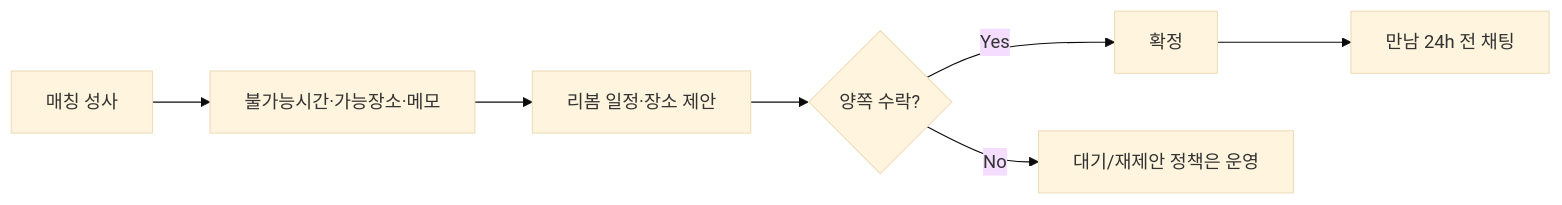
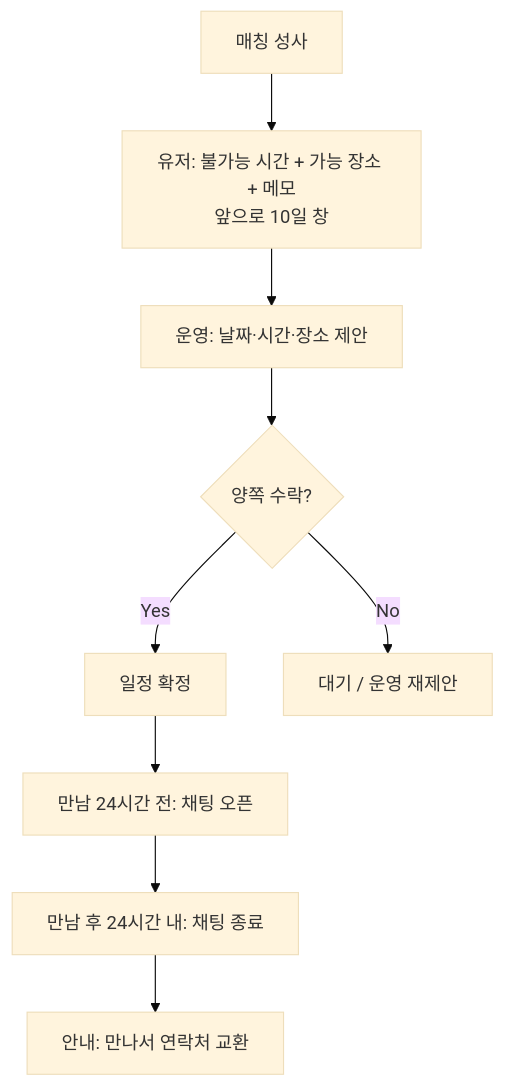
The fifth of 6 diagrams in docs/FLOWCHART.md (youjinni11/rebom-app), drawn with Mermaid (base theme) before and after one commit. The commit also changed other lines of this file and 3 other files, not shown here.

First line of the commit message:
문서: GitHub용 플로우차트·프레임워크 확정본 정리

````diff
--- a/docs/FLOWCHART.md
+++ b/docs/FLOWCHART.md
@@ -393,9 +131,11 @@
 ```mermaid
-flowchart LR
-  M[매칭 성사] --> U[불가능시간·가능장소·메모]
-  U --> O[리봄 일정·장소 제안]
+flowchart TD
+  M[매칭 성사] --> U[유저: 불가능 시간 + 가능 장소 + 메모<br/>앞으로 10일 창]
+  U --> O[운영: 날짜·시간·장소 제안]
   O --> A{양쪽 수락?}
-  A -->|Yes| C[확정]
-  A -->|No| W[대기/재제안 정책은 운영]
-  C --> CH[만남 24h 전 채팅]
+  A -->|Yes| CF[일정 확정]
+  A -->|No| WAIT[대기 / 운영 재제안]
+  CF --> CH1[만남 24시간 전: 채팅 오픈]
+  CH1 --> CH2[만남 후 24시간 내: 채팅 종료]
+  CH2 --> TIP[안내: 만나서 연락처 교환]
 ```
````
